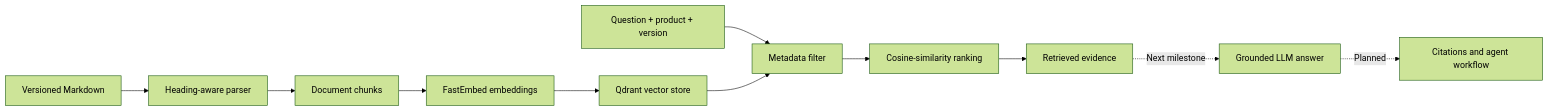
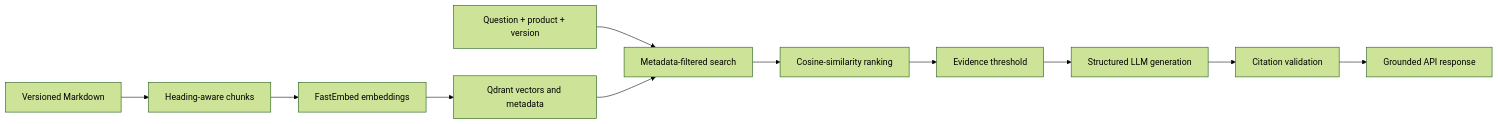
One commit to MahalaxmiK/version-aware-doc-assistant changed the diagram in README.md. Above: the diagram before and after it, drawn with Mermaid (forest theme). The commit also changed other lines of this file and 10 other files, not shown here.

Commit message:
Complete grounded RAG answer pipeline

````diff
--- a/README.md
+++ b/README.md
@@ -49,14 +47,14 @@
 ```mermaid
 flowchart LR
-    A[Versioned Markdown] --> B[Heading-aware parser]
-    B --> C[Document chunks]
-    C --> D[FastEmbed embeddings]
-    D --> E[Qdrant vector store]
+    A[Versioned Markdown] --> B[Heading-aware chunks]
+    B --> C[FastEmbed embeddings]
+    C --> D[Qdrant vectors and metadata]
 
-    Q[Question + product + version] --> F[Metadata filter]
-    E --> F
-    F --> G[Cosine-similarity ranking]
-    G --> H[Retrieved evidence]
-    H -. Next milestone .-> I[Grounded LLM answer]
-    I -. Planned .-> J[Citations and agent workflow]
+    Q[Question + product + version] --> E[Metadata-filtered search]
+    D --> E
+    E --> F[Cosine-similarity ranking]
+    F --> G[Evidence threshold]
+    G --> H[Structured LLM generation]
+    H --> I[Citation validation]
+    I --> J[Grounded API response]
 ```
````
